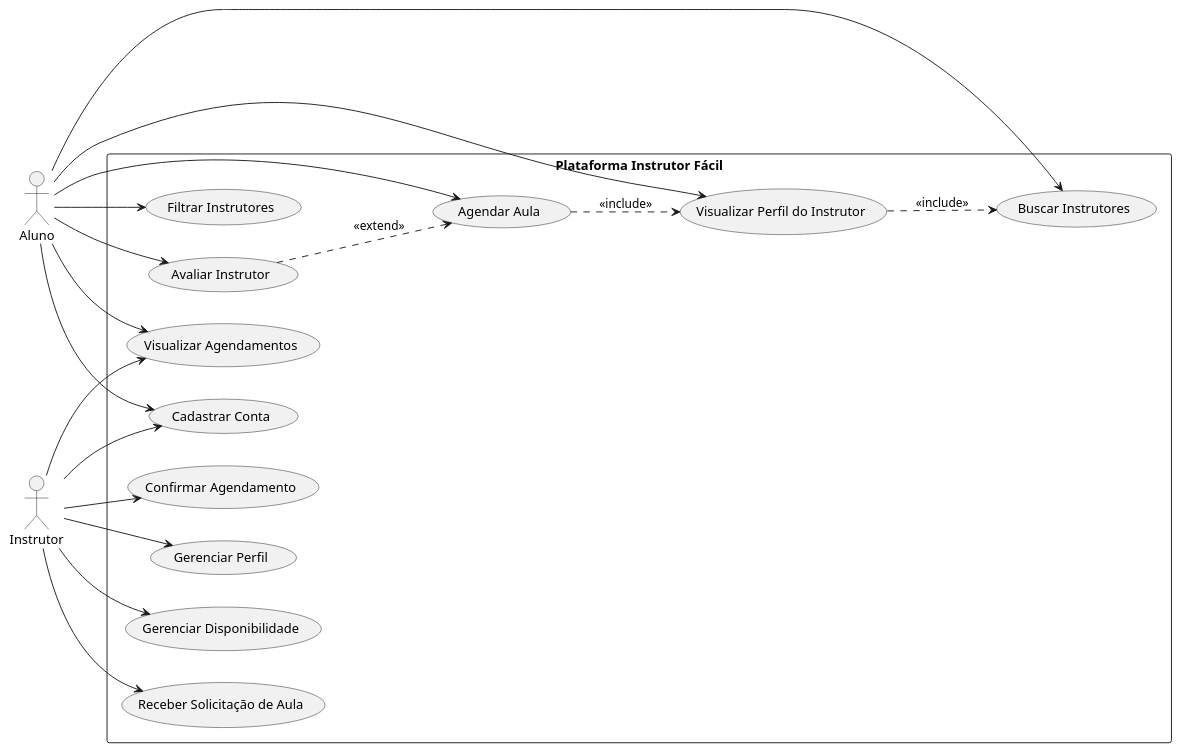
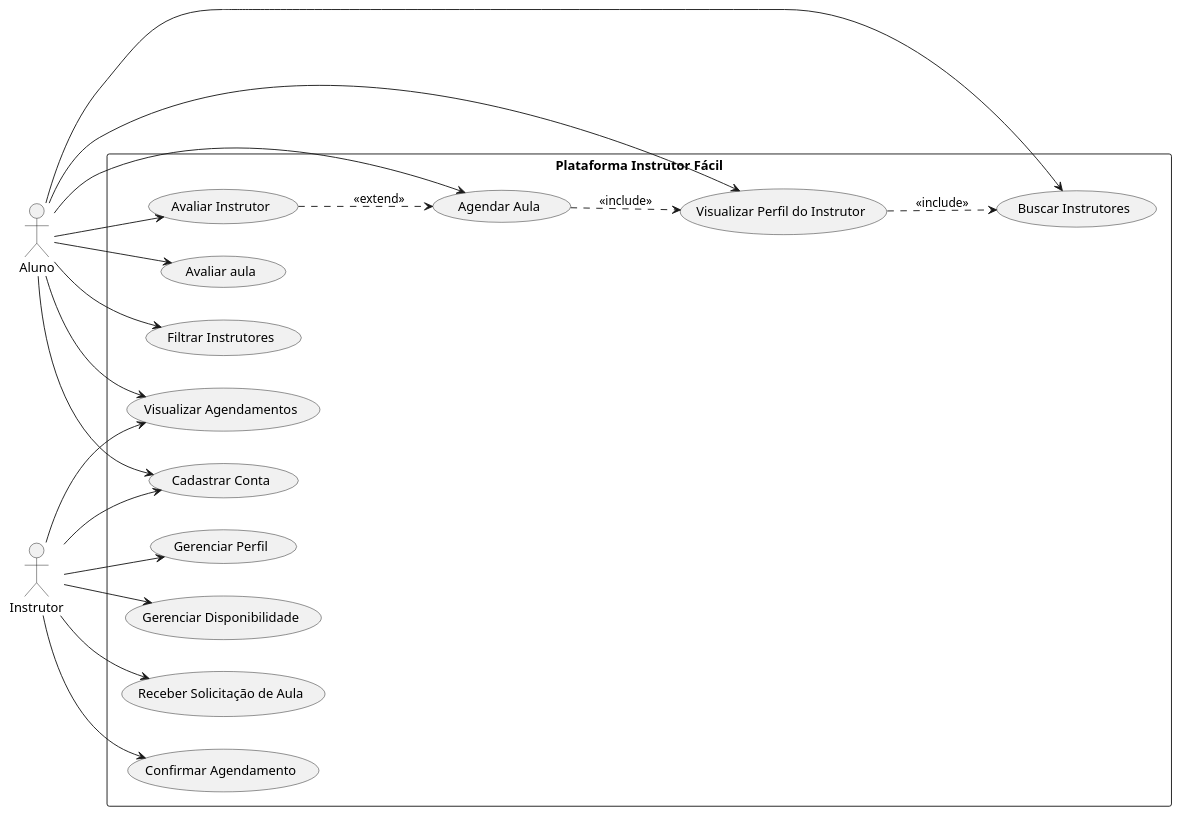
One commit to GrupoMinas-2/Instrutor_Facil changed the diagram in Modelagem/uses_cases.puml. Above: the diagram before and after it, drawn with PlantUML. The commit also changed 12 other files, not shown here.

```diff
--- a/Modelagem/uses_cases.puml
+++ b/Modelagem/uses_cases.puml
@@ -1,49 +1,52 @@
 @startuml
 
 left to right direction
 
 actor Aluno
 actor Instrutor
 
 rectangle "Plataforma Instrutor Fácil" {
 
     usecase "Cadastrar Conta" as UC1
 
     usecase "Buscar Instrutores" as UC2
     usecase "Filtrar Instrutores" as UC3
     usecase "Visualizar Perfil do Instrutor" as UC4
 
     usecase "Agendar Aula" as UC5
     usecase "Visualizar Agendamentos" as UC6
 
     usecase "Avaliar Instrutor" as UC7
+    usecase "Avaliar aula" as UC12
 
     usecase "Gerenciar Perfil" as UC8
     usecase "Gerenciar Disponibilidade" as UC9
 
     usecase "Receber Solicitação de Aula" as UC10
     usecase "Confirmar Agendamento" as UC11
+
 
 }
 
 Aluno --> UC1
 Aluno --> UC2
 Aluno --> UC3
 Aluno --> UC4
 Aluno --> UC5
 Aluno --> UC6
 Aluno --> UC7
+Aluno --> UC12
 
 
 Instrutor --> UC1
 Instrutor --> UC8
 Instrutor --> UC9
 Instrutor --> UC10
 Instrutor --> UC11
 Instrutor --> UC6
 
 UC4 ..> UC2 : <<include>>
 UC5 ..> UC4 : <<include>>
 UC7 ..> UC5 : <<extend>>
 
 @enduml
```
